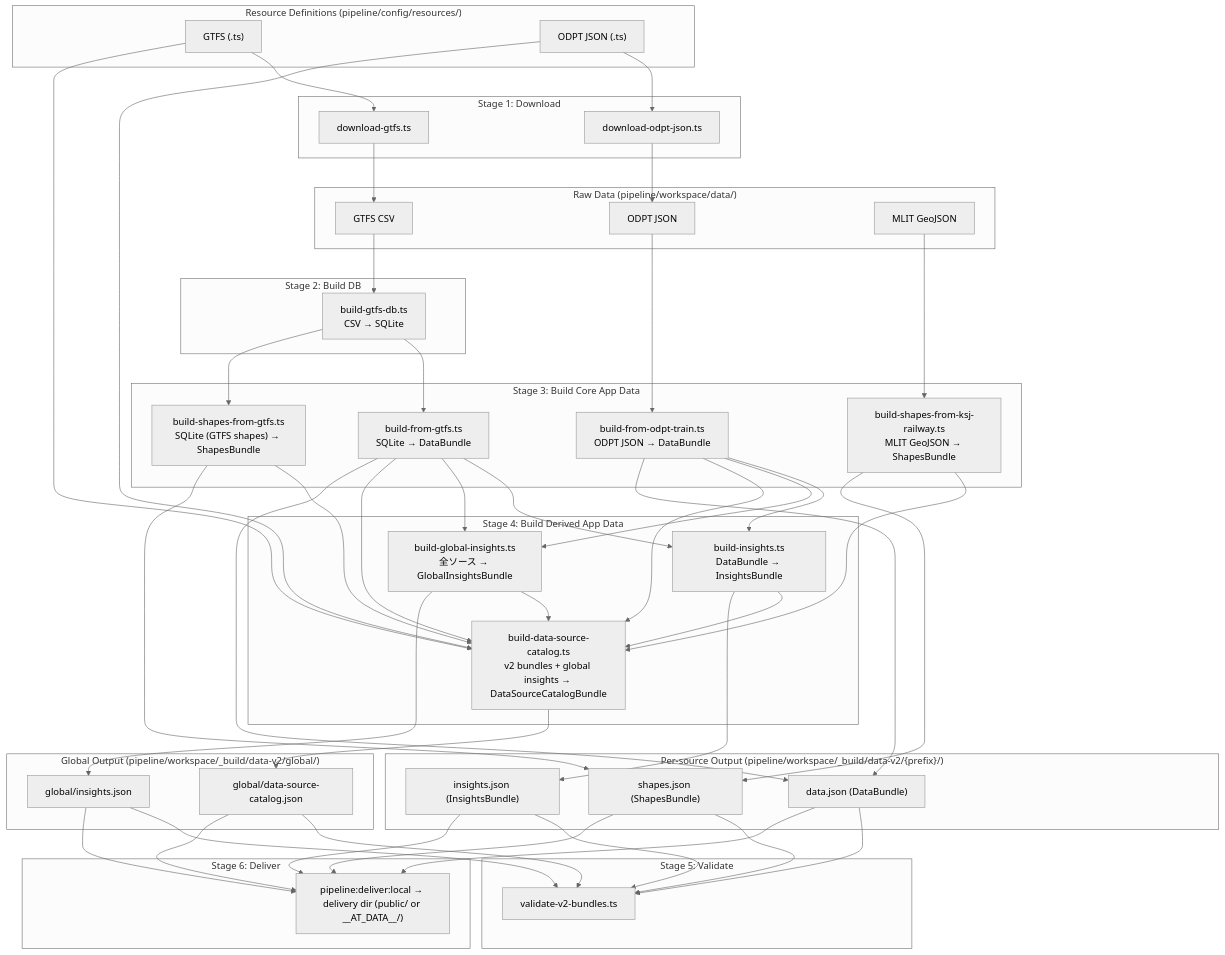
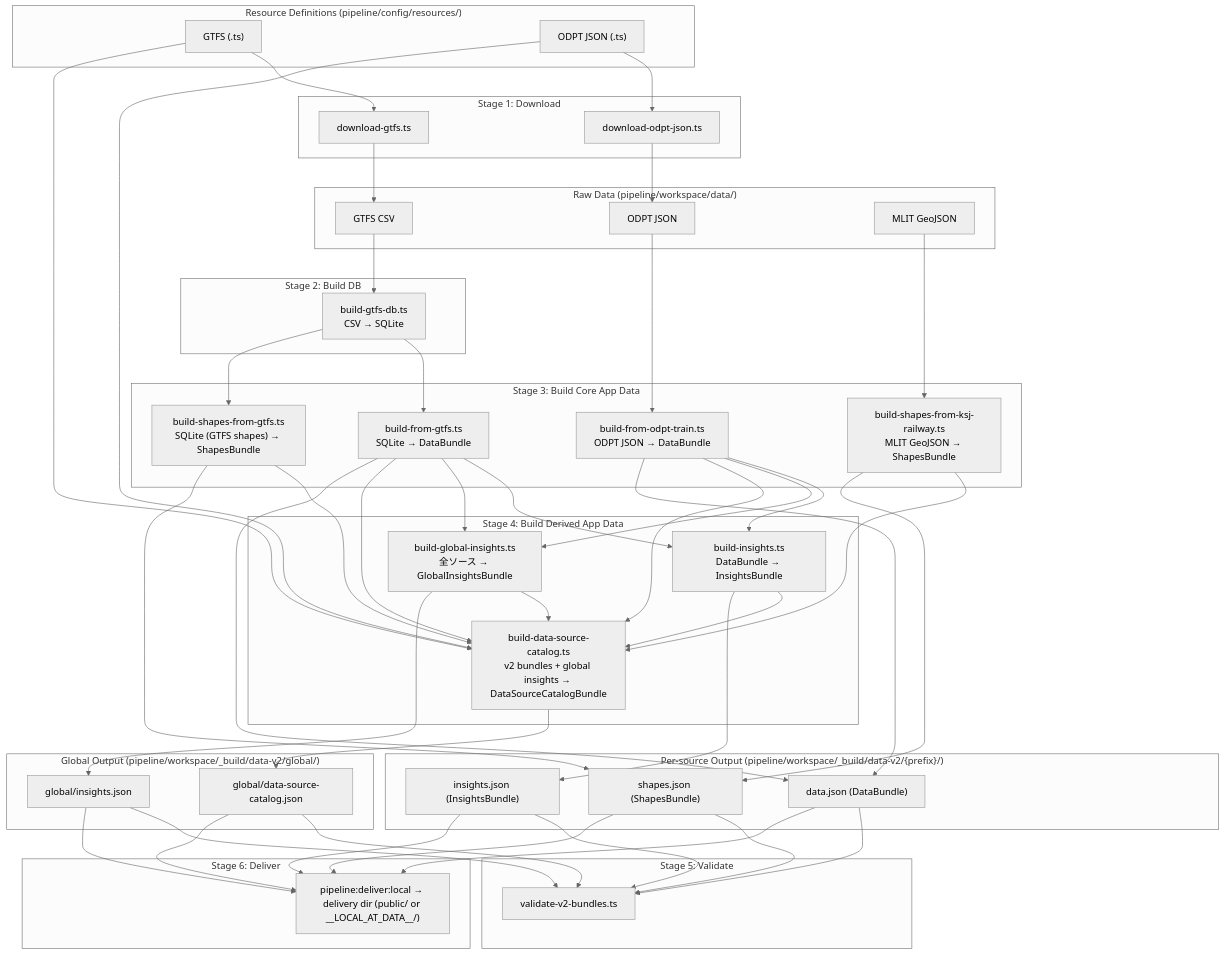
One commit to F88/athenai-transit changed the diagram in pipeline/README.md. Above: the diagram before and after it, drawn with Mermaid (neutral theme). The commit also changed other lines of this file and 5 other files, not shown here.

First line of the commit message:
refactor(pipeline): rename delivery base dir to __LOCAL_AT_DATA__

````diff
--- a/pipeline/README.md
+++ b/pipeline/README.md
@@ -80,73 +80,73 @@
 ```mermaid
 flowchart TD
     subgraph src["Resource Definitions (pipeline/config/resources/)"]
         GR["GTFS (.ts)"]
         OR["ODPT JSON (.ts)"]
     end
 
     subgraph dl["Stage 1: Download"]
         GR --> DG["download-gtfs.ts"]
         OR --> DO["download-odpt-json.ts"]
     end
 
     subgraph raw["Raw Data (pipeline/workspace/data/)"]
         DG --> CSV["GTFS CSV"]
         DO --> OJSON["ODPT JSON"]
         MLIT["MLIT GeoJSON"]
     end
 
     subgraph s2["Stage 2: Build DB"]
         CSV --> DB["build-gtfs-db.ts<br/>CSV → SQLite"]
     end
 
     subgraph s3["Stage 3: Build Core App Data"]
         DB --> BD["build-from-gtfs.ts<br/>SQLite → DataBundle"]
         OJSON --> BO["build-from-odpt-train.ts<br/>ODPT JSON → DataBundle"]
         DB --> BGS["build-shapes-from-gtfs.ts<br/>SQLite (GTFS shapes) → ShapesBundle"]
         MLIT --> BKS["build-shapes-from-ksj-railway.ts<br/>MLIT GeoJSON → ShapesBundle"]
     end
 
     subgraph s4["Stage 4: Build Derived App Data"]
         BD --> BI["build-insights.ts<br/>DataBundle → InsightsBundle"]
         BO --> BI
         BD --> BGI["build-global-insights.ts<br/>全ソース → GlobalInsightsBundle"]
         BO --> BGI
         BD --> BDC["build-data-source-catalog.ts<br/>v2 bundles + global insights → DataSourceCatalogBundle"]
         BO --> BDC
         BGS --> BDC
         BKS --> BDC
         BI --> BDC
         BGI --> BDC
         GR --> BDC
         OR --> BDC
     end
 
     subgraph outLocal["Per-source Output (pipeline/workspace/_build/data-v2/{prefix}/)"]
         BD --> JSON["data.json (DataBundle)"]
         BO --> JSON
         BGS --> SHAPES["shapes.json (ShapesBundle)"]
         BKS --> SHAPES
         BI --> INSIGHTS["insights.json (InsightsBundle)"]
     end
 
     subgraph outGlobal["Global Output (pipeline/workspace/_build/data-v2/global/)"]
         BGI --> GINSIGHTS["global/insights.json"]
         BDC --> CATALOG["global/data-source-catalog.json"]
     end
 
     subgraph s5["Stage 5: Validate"]
         JSON --> VAL["validate-v2-bundles.ts"]
         SHAPES --> VAL
         INSIGHTS --> VAL
         GINSIGHTS --> VAL
         CATALOG --> VAL
     end
 
     subgraph s6["Stage 6: Deliver"]
-        JSON --> DELIVER["pipeline:deliver:local → delivery dir (public/ or __AT_DATA__/)"]
+        JSON --> DELIVER["pipeline:deliver:local → delivery dir (public/ or __LOCAL_AT_DATA__/)"]
         SHAPES --> DELIVER
         INSIGHTS --> DELIVER
         GINSIGHTS --> DELIVER
         CATALOG --> DELIVER
     end
 ```
````
